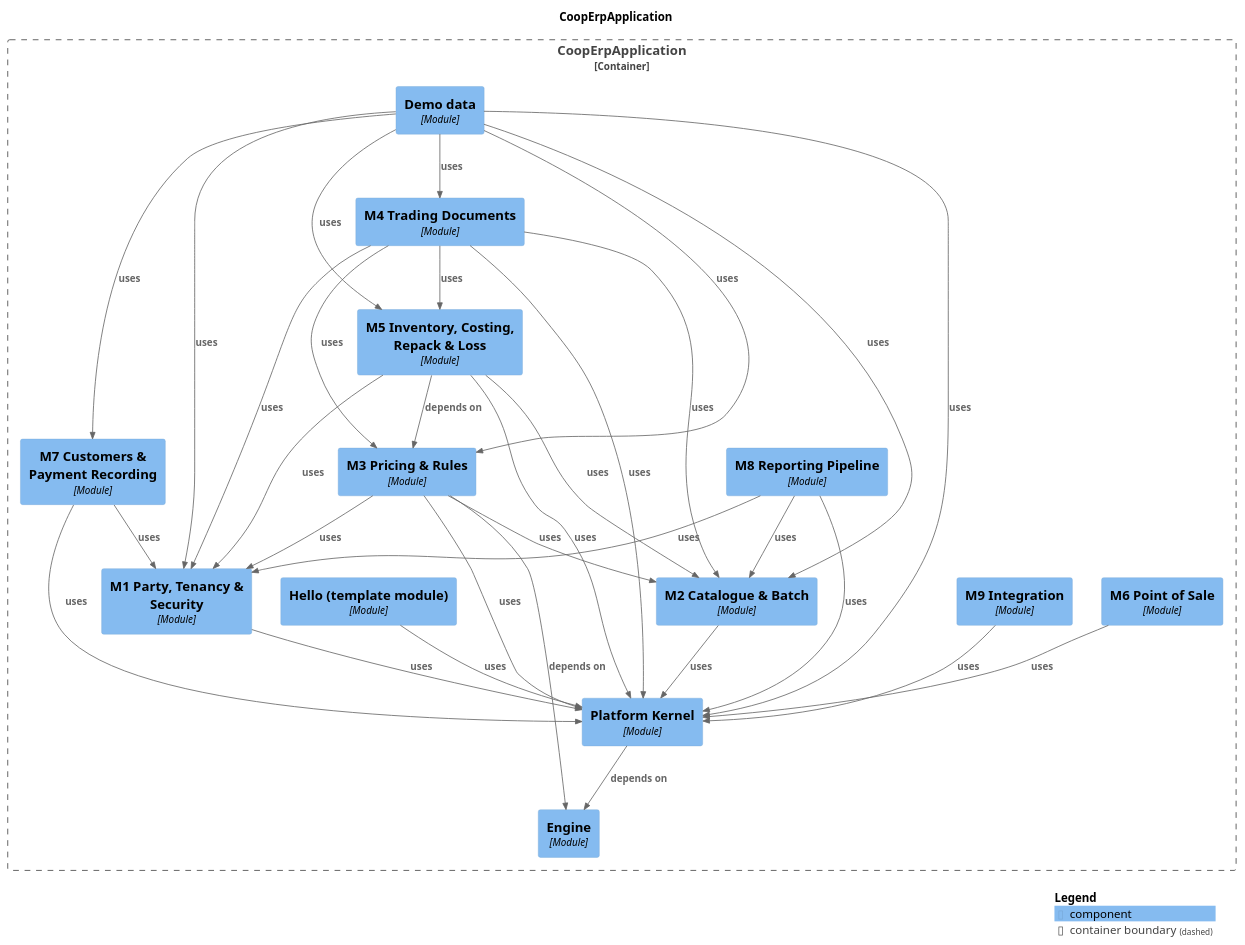
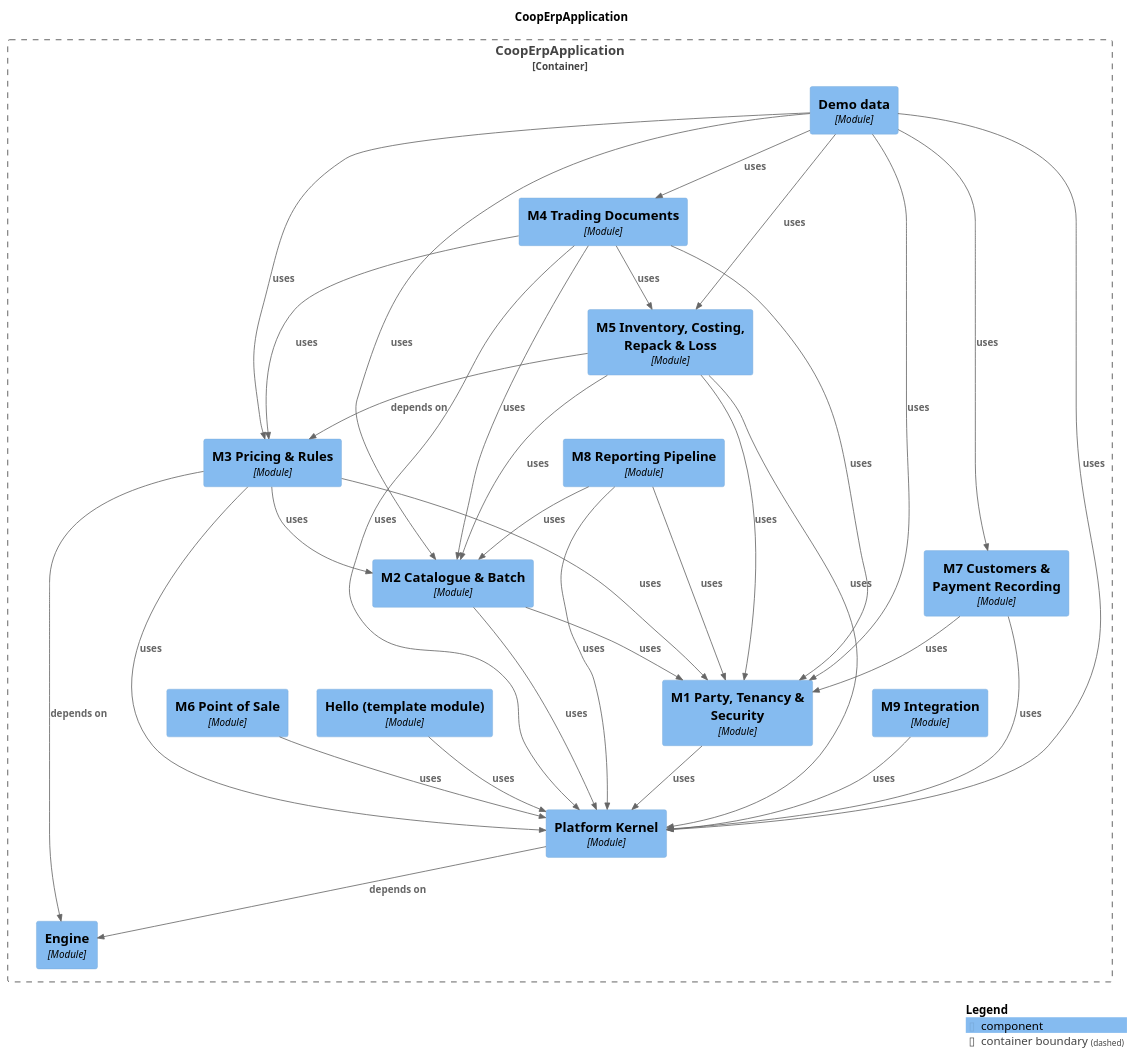
The diagram in docs/modules/components.puml (Knoweb/COOP_ERP), drawn with PlantUML before and after one commit. The commit also changed 16 other files, not shown here.

```diff
--- a/docs/modules/components.puml
+++ b/docs/modules/components.puml
@@ -1,60 +1,61 @@
 @startuml
 set separator none
 title CoopErpApplication
 
 top to bottom direction
 
 !include <C4/C4>
 !include <C4/C4_Context>
 !include <C4/C4_Component>
 
 Container_Boundary("CoopErpApplication.CoopErpApplication_boundary", "CoopErpApplication", $tags="") {
-  Component(CoopErpApplication.CoopErpApplication.M9Integration, "M9 Integration", $techn="Module", $descr="", $tags="", $link="")
+  Component(CoopErpApplication.CoopErpApplication.M2CatalogueBatch, "M2 Catalogue & Batch", $techn="Module", $descr="", $tags="", $link="")
+  Component(CoopErpApplication.CoopErpApplication.M7CustomersPaymentRecording, "M7 Customers & Payment Recording", $techn="Module", $descr="", $tags="", $link="")
   Component(CoopErpApplication.CoopErpApplication.M3PricingRules, "M3 Pricing & Rules", $techn="Module", $descr="", $tags="", $link="")
-  Component(CoopErpApplication.CoopErpApplication.M7CustomersPaymentRecording, "M7 Customers & Payment Recording", $techn="Module", $descr="", $tags="", $link="")
   Component(CoopErpApplication.CoopErpApplication.M8ReportingPipeline, "M8 Reporting Pipeline", $techn="Module", $descr="", $tags="", $link="")
   Component(CoopErpApplication.CoopErpApplication.M5InventoryCostingRepackLoss, "M5 Inventory, Costing, Repack & Loss", $techn="Module", $descr="", $tags="", $link="")
   Component(CoopErpApplication.CoopErpApplication.M4TradingDocuments, "M4 Trading Documents", $techn="Module", $descr="", $tags="", $link="")
   Component(CoopErpApplication.CoopErpApplication.Demodata, "Demo data", $techn="Module", $descr="", $tags="", $link="")
   Component(CoopErpApplication.CoopErpApplication.Engine, "Engine", $techn="Module", $descr="", $tags="", $link="")
   Component(CoopErpApplication.CoopErpApplication.PlatformKernel, "Platform Kernel", $techn="Module", $descr="", $tags="", $link="")
   Component(CoopErpApplication.CoopErpApplication.Hellotemplatemodule, "Hello (template module)", $techn="Module", $descr="", $tags="", $link="")
   Component(CoopErpApplication.CoopErpApplication.M1PartyTenancySecurity, "M1 Party, Tenancy & Security", $techn="Module", $descr="", $tags="", $link="")
-  Component(CoopErpApplication.CoopErpApplication.M2CatalogueBatch, "M2 Catalogue & Batch", $techn="Module", $descr="", $tags="", $link="")
   Component(CoopErpApplication.CoopErpApplication.M6PointofSale, "M6 Point of Sale", $techn="Module", $descr="", $tags="", $link="")
+  Component(CoopErpApplication.CoopErpApplication.M9Integration, "M9 Integration", $techn="Module", $descr="", $tags="", $link="")
 }
 
 Rel(CoopErpApplication.CoopErpApplication.Demodata, CoopErpApplication.CoopErpApplication.M1PartyTenancySecurity, "uses", $techn="", $tags="", $link="")
 Rel(CoopErpApplication.CoopErpApplication.Demodata, CoopErpApplication.CoopErpApplication.M2CatalogueBatch, "uses", $techn="", $tags="", $link="")
 Rel(CoopErpApplication.CoopErpApplication.Demodata, CoopErpApplication.CoopErpApplication.M3PricingRules, "uses", $techn="", $tags="", $link="")
 Rel(CoopErpApplication.CoopErpApplication.Demodata, CoopErpApplication.CoopErpApplication.M4TradingDocuments, "uses", $techn="", $tags="", $link="")
 Rel(CoopErpApplication.CoopErpApplication.Demodata, CoopErpApplication.CoopErpApplication.M5InventoryCostingRepackLoss, "uses", $techn="", $tags="", $link="")
 Rel(CoopErpApplication.CoopErpApplication.Demodata, CoopErpApplication.CoopErpApplication.M7CustomersPaymentRecording, "uses", $techn="", $tags="", $link="")
 Rel(CoopErpApplication.CoopErpApplication.Demodata, CoopErpApplication.CoopErpApplication.PlatformKernel, "uses", $techn="", $tags="", $link="")
 Rel(CoopErpApplication.CoopErpApplication.Hellotemplatemodule, CoopErpApplication.CoopErpApplication.PlatformKernel, "uses", $techn="", $tags="", $link="")
 Rel(CoopErpApplication.CoopErpApplication.M1PartyTenancySecurity, CoopErpApplication.CoopErpApplication.PlatformKernel, "uses", $techn="", $tags="", $link="")
+Rel(CoopErpApplication.CoopErpApplication.M2CatalogueBatch, CoopErpApplication.CoopErpApplication.M1PartyTenancySecurity, "uses", $techn="", $tags="", $link="")
 Rel(CoopErpApplication.CoopErpApplication.M2CatalogueBatch, CoopErpApplication.CoopErpApplication.PlatformKernel, "uses", $techn="", $tags="", $link="")
 Rel(CoopErpApplication.CoopErpApplication.M3PricingRules, CoopErpApplication.CoopErpApplication.Engine, "depends on", $techn="", $tags="", $link="")
 Rel(CoopErpApplication.CoopErpApplication.M3PricingRules, CoopErpApplication.CoopErpApplication.M1PartyTenancySecurity, "uses", $techn="", $tags="", $link="")
 Rel(CoopErpApplication.CoopErpApplication.M3PricingRules, CoopErpApplication.CoopErpApplication.M2CatalogueBatch, "uses", $techn="", $tags="", $link="")
 Rel(CoopErpApplication.CoopErpApplication.M3PricingRules, CoopErpApplication.CoopErpApplication.PlatformKernel, "uses", $techn="", $tags="", $link="")
 Rel(CoopErpApplication.CoopErpApplication.M4TradingDocuments, CoopErpApplication.CoopErpApplication.M1PartyTenancySecurity, "uses", $techn="", $tags="", $link="")
 Rel(CoopErpApplication.CoopErpApplication.M4TradingDocuments, CoopErpApplication.CoopErpApplication.M2CatalogueBatch, "uses", $techn="", $tags="", $link="")
 Rel(CoopErpApplication.CoopErpApplication.M4TradingDocuments, CoopErpApplication.CoopErpApplication.M3PricingRules, "uses", $techn="", $tags="", $link="")
 Rel(CoopErpApplication.CoopErpApplication.M4TradingDocuments, CoopErpApplication.CoopErpApplication.M5InventoryCostingRepackLoss, "uses", $techn="", $tags="", $link="")
 Rel(CoopErpApplication.CoopErpApplication.M4TradingDocuments, CoopErpApplication.CoopErpApplication.PlatformKernel, "uses", $techn="", $tags="", $link="")
 Rel(CoopErpApplication.CoopErpApplication.M5InventoryCostingRepackLoss, CoopErpApplication.CoopErpApplication.M1PartyTenancySecurity, "uses", $techn="", $tags="", $link="")
 Rel(CoopErpApplication.CoopErpApplication.M5InventoryCostingRepackLoss, CoopErpApplication.CoopErpApplication.M2CatalogueBatch, "uses", $techn="", $tags="", $link="")
 Rel(CoopErpApplication.CoopErpApplication.M5InventoryCostingRepackLoss, CoopErpApplication.CoopErpApplication.M3PricingRules, "depends on", $techn="", $tags="", $link="")
 Rel(CoopErpApplication.CoopErpApplication.M5InventoryCostingRepackLoss, CoopErpApplication.CoopErpApplication.PlatformKernel, "uses", $techn="", $tags="", $link="")
 Rel(CoopErpApplication.CoopErpApplication.M6PointofSale, CoopErpApplication.CoopErpApplication.PlatformKernel, "uses", $techn="", $tags="", $link="")
 Rel(CoopErpApplication.CoopErpApplication.M7CustomersPaymentRecording, CoopErpApplication.CoopErpApplication.M1PartyTenancySecurity, "uses", $techn="", $tags="", $link="")
 Rel(CoopErpApplication.CoopErpApplication.M7CustomersPaymentRecording, CoopErpApplication.CoopErpApplication.PlatformKernel, "uses", $techn="", $tags="", $link="")
 Rel(CoopErpApplication.CoopErpApplication.M8ReportingPipeline, CoopErpApplication.CoopErpApplication.M1PartyTenancySecurity, "uses", $techn="", $tags="", $link="")
 Rel(CoopErpApplication.CoopErpApplication.M8ReportingPipeline, CoopErpApplication.CoopErpApplication.M2CatalogueBatch, "uses", $techn="", $tags="", $link="")
 Rel(CoopErpApplication.CoopErpApplication.M8ReportingPipeline, CoopErpApplication.CoopErpApplication.PlatformKernel, "uses", $techn="", $tags="", $link="")
 Rel(CoopErpApplication.CoopErpApplication.M9Integration, CoopErpApplication.CoopErpApplication.PlatformKernel, "uses", $techn="", $tags="", $link="")
 Rel(CoopErpApplication.CoopErpApplication.PlatformKernel, CoopErpApplication.CoopErpApplication.Engine, "depends on", $techn="", $tags="", $link="")
 
 SHOW_LEGEND(true)
 @enduml
```
